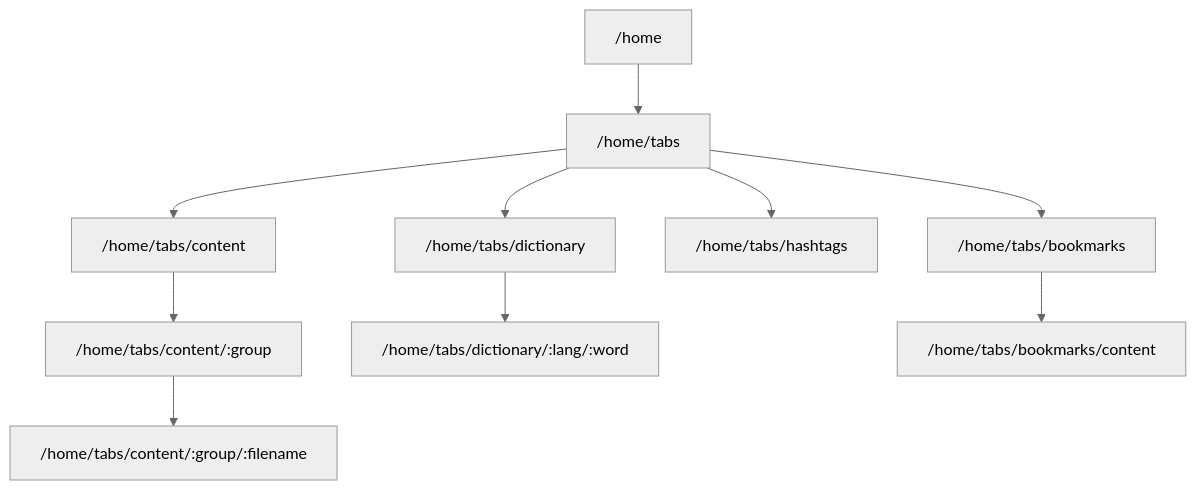
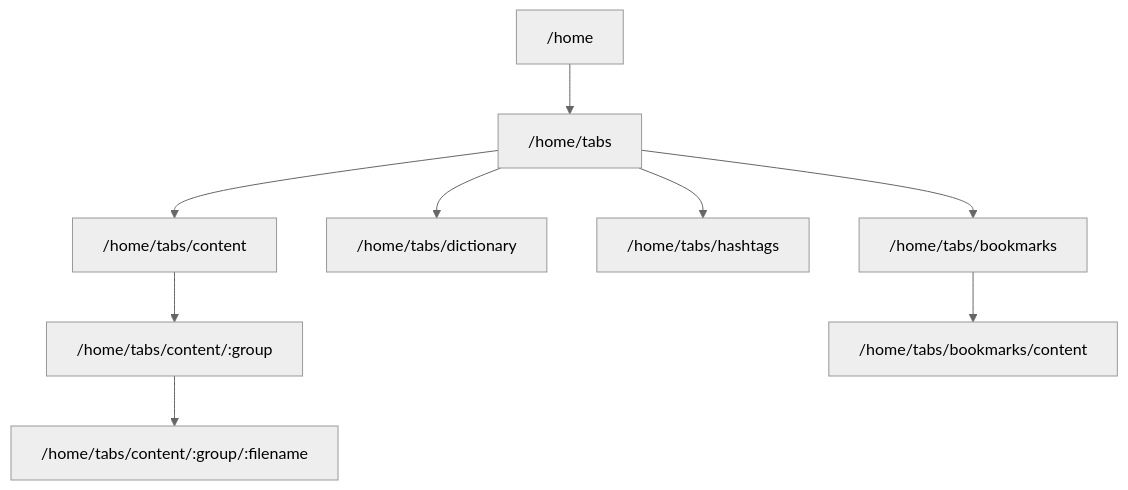
The third of 17 diagrams in apps/web/ARCHITECTURE.md (remarcmij/taalwiz-mono), drawn with Mermaid (neutral theme) before and after one commit. The commit also changed other lines of this file and 1 other file, not shown here.

First line of the commit message:
refactor(web): remove unused :lang/:word dictionary route

````diff
--- a/apps/web/ARCHITECTURE.md
+++ b/apps/web/ARCHITECTURE.md
@@ -195,15 +195,14 @@
 ```mermaid
 flowchart TD
     home_r["/home"] --> tabs["/home/tabs"]
 
     tabs --> content_tab["/home/tabs/content"]
     content_tab --> publication["/home/tabs/content/:group"]
     publication --> article["/home/tabs/content/:group/:filename"]
 
     tabs --> dict_tab["/home/tabs/dictionary"]
-    dict_tab --> lemma["/home/tabs/dictionary/:lang/:word"]
 
     tabs --> hashtags_tab["/home/tabs/hashtags"]
     tabs --> vocabulary_tab["/home/tabs/bookmarks"]
     vocabulary_tab --> deck_content["/home/tabs/bookmarks/content"]
 ```
````
